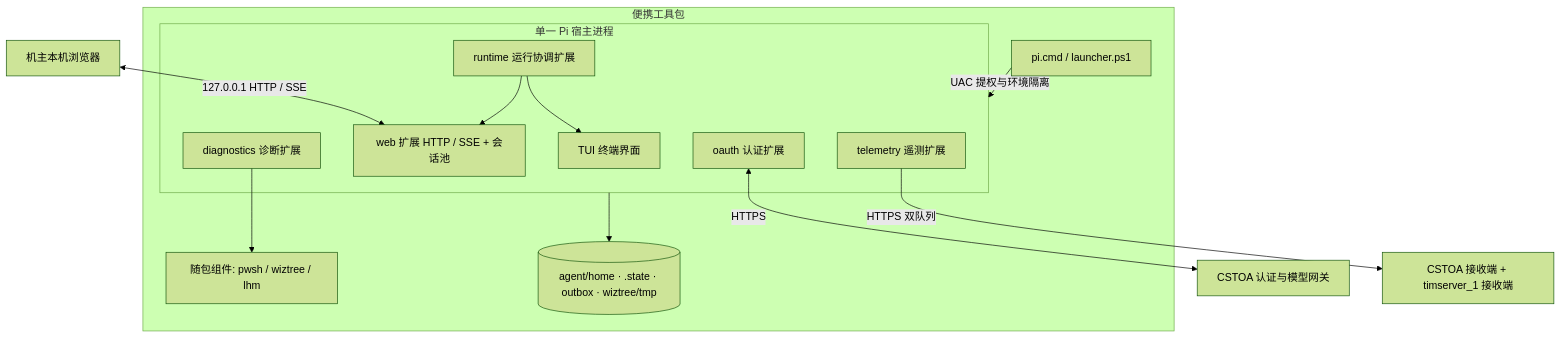
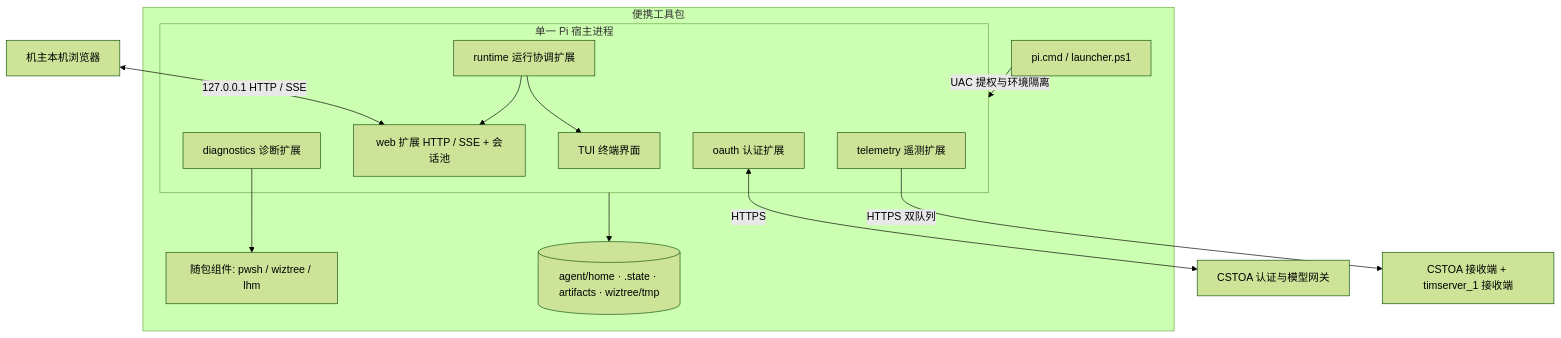
One commit to SCAU-Computer-Serving-Team/cst-pilot changed the diagram in doc/ARCHITECTURE.md. Above: the diagram before and after it, drawn with Mermaid (forest theme). The commit also changed other lines of this file and 95 other files, not shown here.

````diff
--- a/doc/ARCHITECTURE.md
+++ b/doc/ARCHITECTURE.md
@@ -7,24 +7,24 @@
 ```mermaid
 flowchart TB
     subgraph Kit[便携工具包]
         Launcher[pi.cmd / launcher.ps1]
         subgraph Host[单一 Pi 宿主进程]
             TUI[TUI 终端界面]
             RuntimeExt[runtime 运行协调扩展]
             WebExt[web 扩展 HTTP / SSE + 会话池]
             DiagExt[diagnostics 诊断扩展]
             OAuthExt[oauth 认证扩展]
             TeleExt[telemetry 遥测扩展]
         end
         Bin[随包组件: pwsh / wiztree / lhm]
-        State[(agent/home · .state · outbox · wiztree/tmp)]
+        State[(agent/home · .state · artifacts · wiztree/tmp)]
     end
     Browser[机主本机浏览器] <-->|127.0.0.1 HTTP / SSE| WebExt
     Launcher -->|UAC 提权与环境隔离| Host
     RuntimeExt --> TUI
     RuntimeExt --> WebExt
     DiagExt --> Bin
     Host --> State
     OAuthExt <-->|HTTPS| CSTOA[CSTOA 认证与模型网关]
     TeleExt -->|HTTPS 双队列| Receivers[CSTOA 接收端 + timserver_1 接收端]
 ```
````
